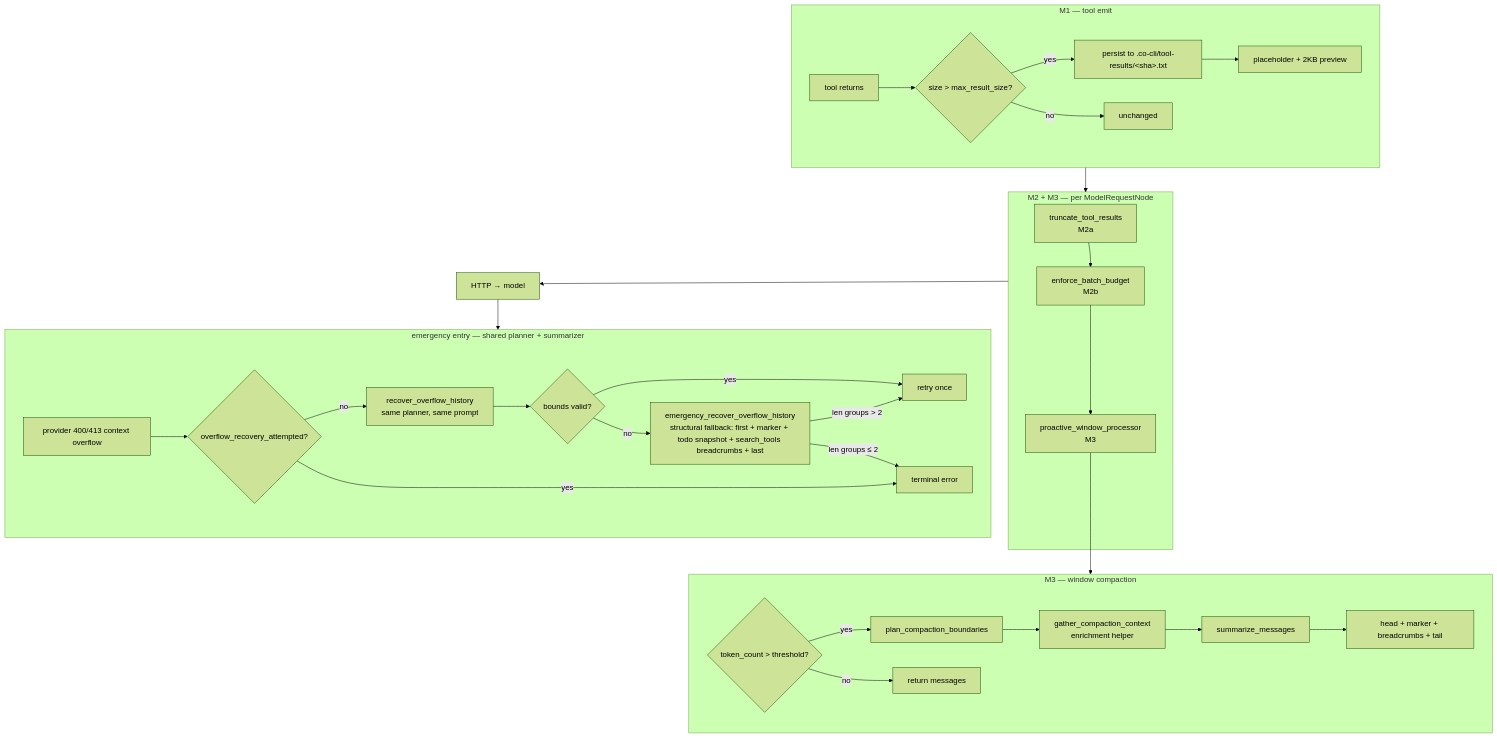
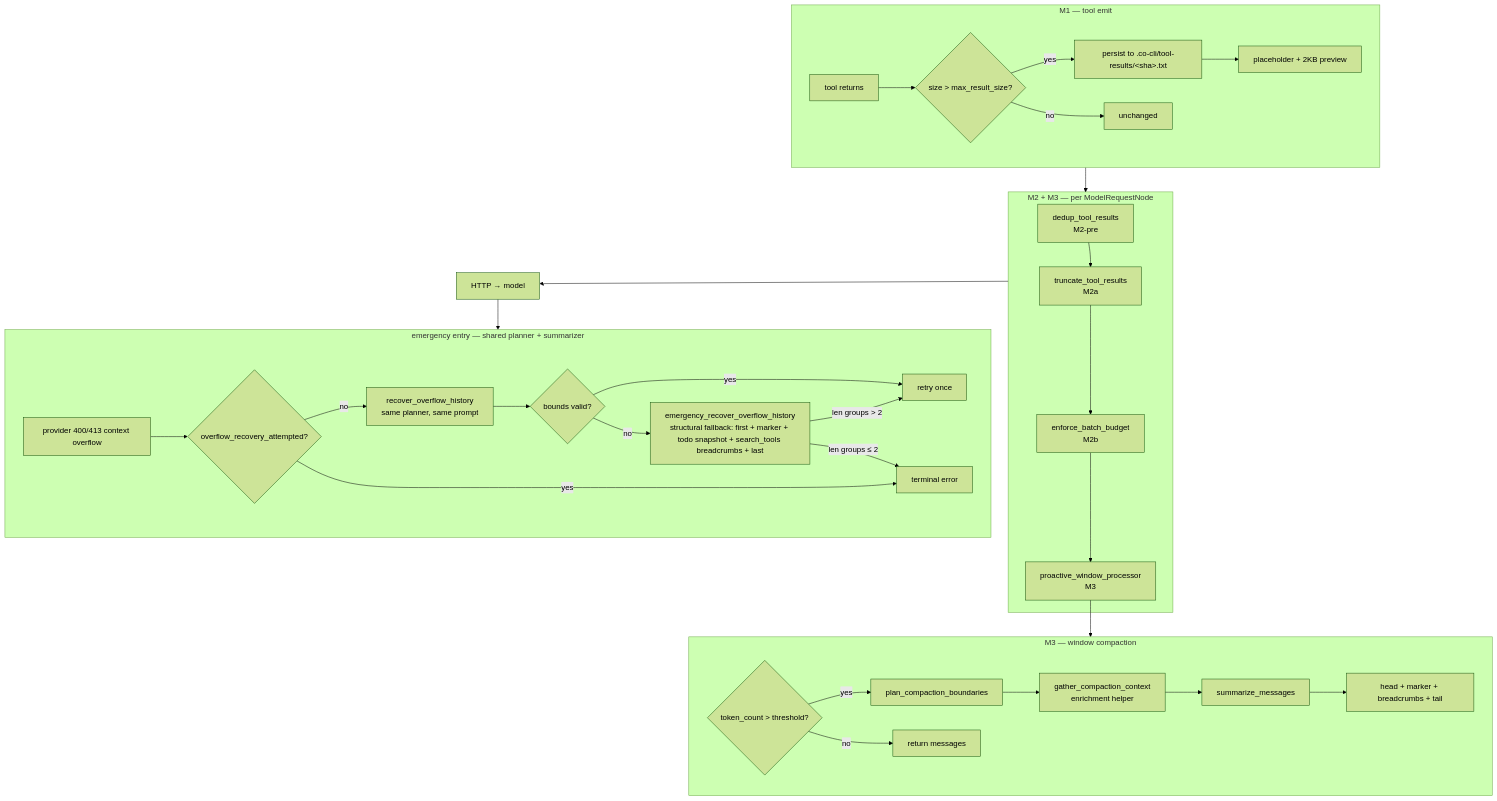
The first of 5 diagrams in docs/specs/compaction.md (binlecode/co-cli), drawn with Mermaid (forest theme) before and after one commit. The commit also changed other lines of this file and 27 other files, not shown here.

````diff
--- a/docs/specs/compaction.md
+++ b/docs/specs/compaction.md
@@ -45,48 +45,49 @@
 ```mermaid
 flowchart TD
     subgraph Emit["M1 — tool emit"]
         T[tool returns]
         T --> S{size &gt; max_result_size?}
         S -->|yes| P[persist to .co-cli/tool-results/&lt;sha&gt;.txt]
         P --> Ph[placeholder + 2KB preview]
         S -->|no| Pass[unchanged]
     end
 
     subgraph PerReq["M2 + M3 — per ModelRequestNode"]
+        R0[dedup_tool_results<br/>M2-pre]
         R1[truncate_tool_results<br/>M2a]
         R1b[enforce_batch_budget<br/>M2b]
         R5[proactive_window_processor<br/>M3]
-        R1 --> R1b --> R5
+        R0 --> R1 --> R1b --> R5
     end
 
     subgraph Window["M3 — window compaction"]
         T1{token_count &gt; threshold?}
         T2[plan_compaction_boundaries]
         T3[gather_compaction_context<br/>enrichment helper]
         T4[summarize_messages]
         T5[head + marker + breadcrumbs + tail]
         T1 -->|yes| T2 --> T3 --> T4 --> T5
         T1 -->|no| Pass2[return messages]
     end
 
     subgraph Overflow["emergency entry — shared planner + summarizer"]
         O1[provider 400/413 context overflow]
         O2{overflow_recovery_attempted?}
         O3[recover_overflow_history<br/>same planner, same prompt]
         O3b{bounds valid?}
         O3c[emergency_recover_overflow_history<br/>structural fallback: first + marker + todo snapshot + search_tools breadcrumbs + last]
         O4[retry once]
         O1 --> O2
         O2 -->|no| O3 --> O3b
         O3b -->|yes| O4
         O3b -->|no| O3c
         O3c -->|len groups &gt; 2| O4
         O3c -->|len groups ≤ 2| O6[terminal error]
         O2 -->|yes| O6
     end
 
     Emit --> PerReq
     R5 --> Window
     PerReq --> HTTP[HTTP → model]
     HTTP --> Overflow
 ```
````
